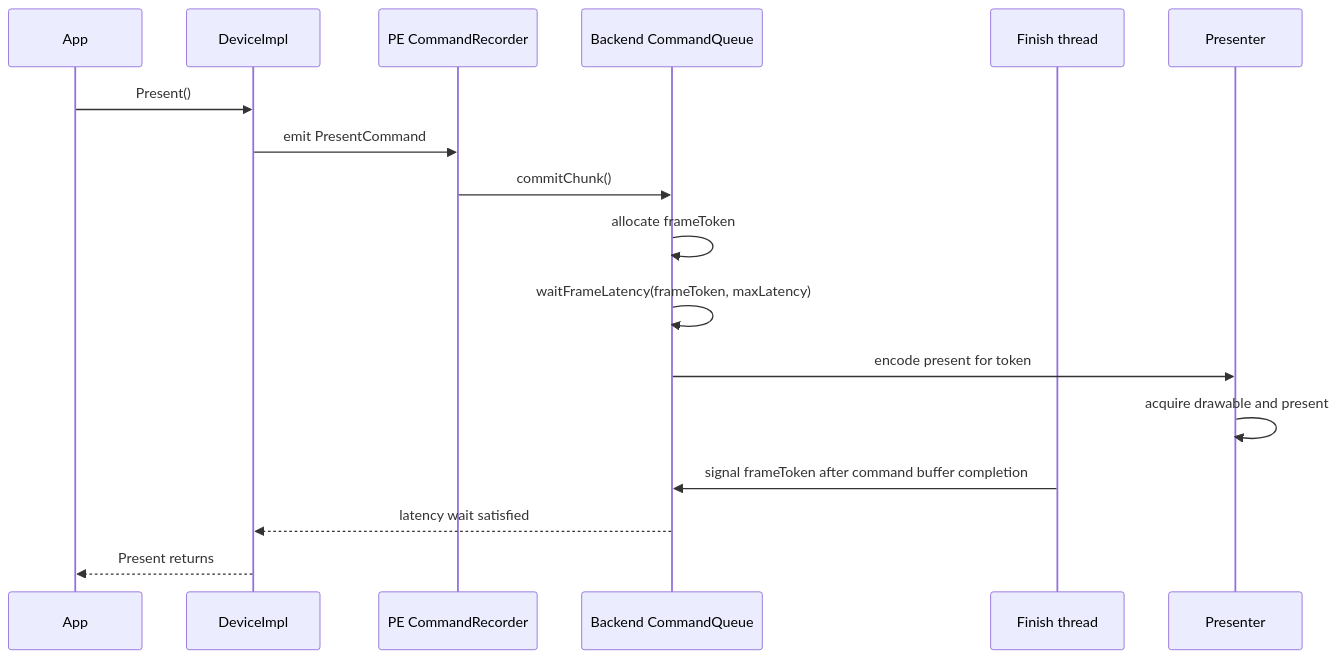
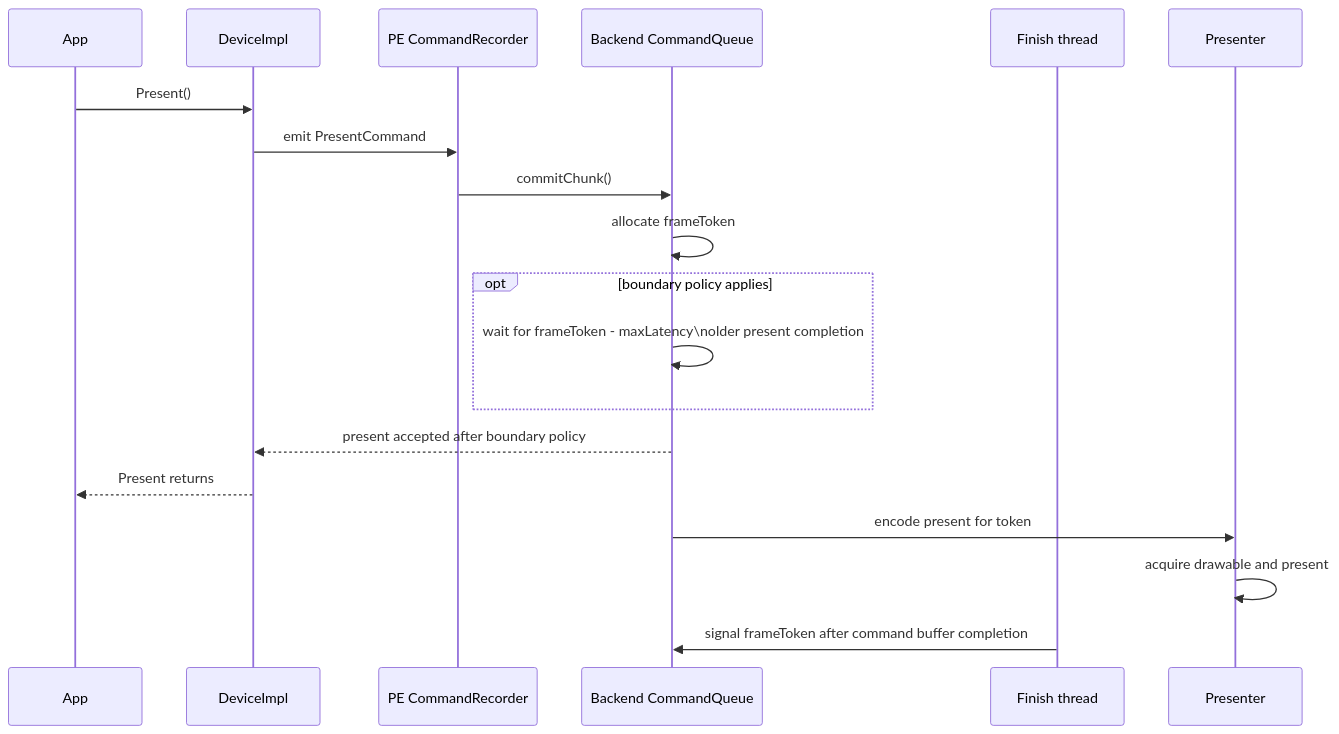
Before and after one commit to dfdgsdfg/dxmt9: the fifth of 7 diagrams in specs/core/design.md, drawn with Mermaid. The commit also changed other lines of this file and 7 other files, not shown here.

````diff
--- a/specs/core/design.md
+++ b/specs/core/design.md
@@ -271,20 +278,22 @@
 ```mermaid
 sequenceDiagram
     participant App
     participant Dev as DeviceImpl
     participant Rec as PE CommandRecorder
     participant CQ as Backend CommandQueue
     participant FT as Finish thread
     participant Pr as Presenter
 
     App->>Dev: Present()
     Dev->>Rec: emit PresentCommand
     Rec->>CQ: commitChunk()
     CQ->>CQ: allocate frameToken
-    CQ->>CQ: waitFrameLatency(frameToken, maxLatency)
+    opt boundary policy applies
+        CQ->>CQ: wait for frameToken - maxLatency\nolder present completion
+    end
+    CQ-->>Dev: present accepted after boundary policy
+    Dev-->>App: Present returns
     CQ->>Pr: encode present for token
     Pr->>Pr: acquire drawable and present
     FT->>CQ: signal frameToken after command buffer completion
-    CQ-->>Dev: latency wait satisfied
-    Dev-->>App: Present returns
 ```
````
